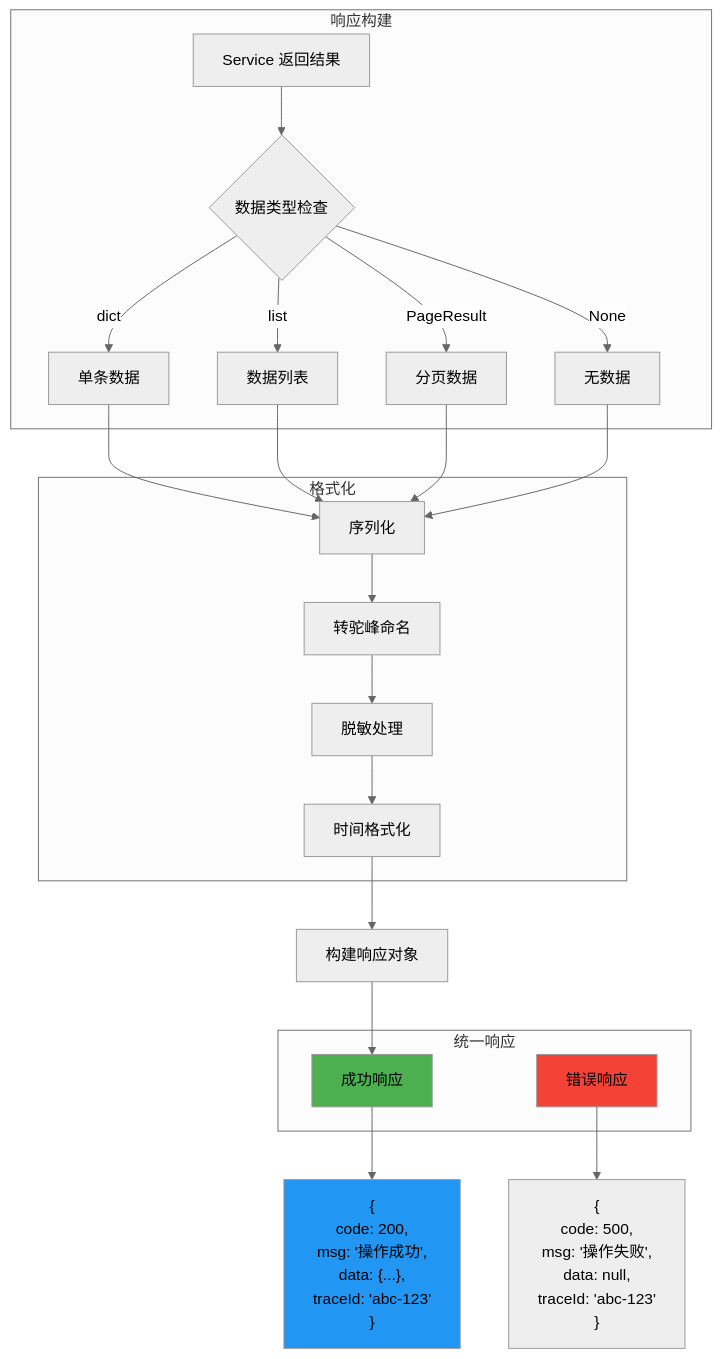
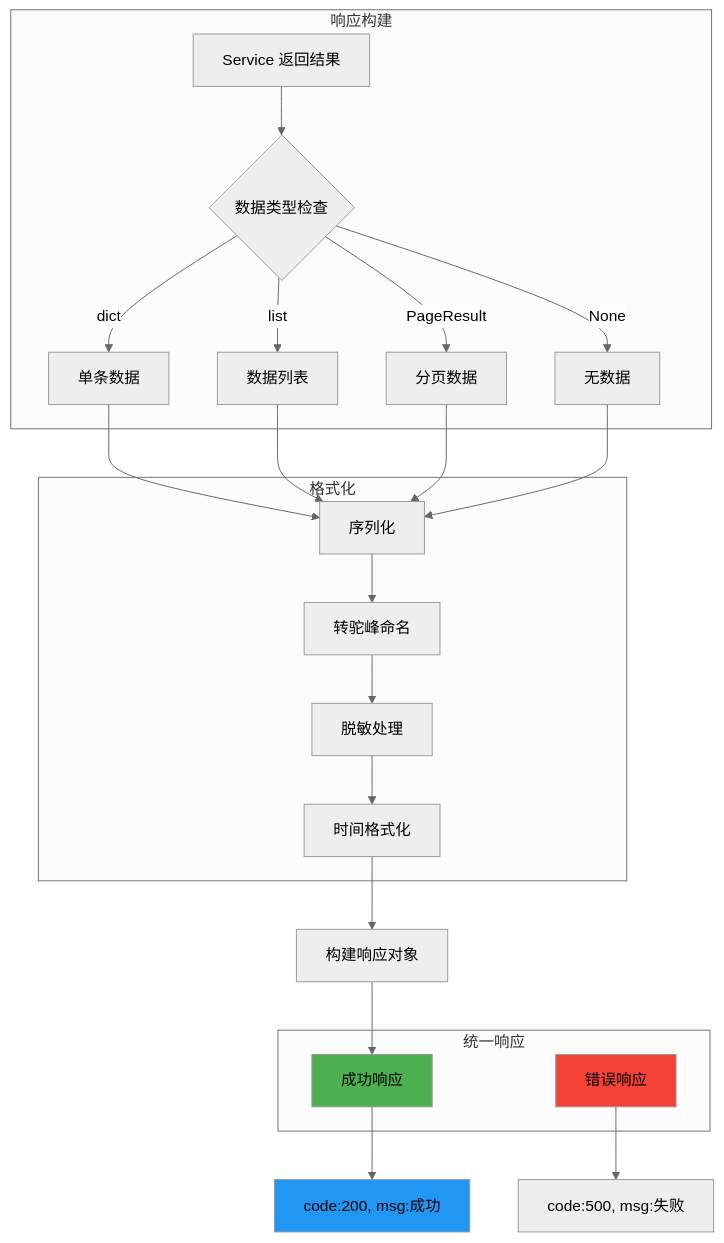
The eighth of 9 diagrams in ruoyi-fastapi-backend/docs/diagrams/04-request-lifecycle.md (hata33/ruoyi-fastapi-full-stack), drawn with Mermaid (neutral theme) before and after one commit. The commit also changed other lines of this file and 22 other files, not shown here.

First line of the commit message:
docs(diagrams): 简化序列图中的响应格式描述

````diff
--- a/ruoyi-fastapi-backend/docs/diagrams/04-request-lifecycle.md
+++ b/ruoyi-fastapi-backend/docs/diagrams/04-request-lifecycle.md
@@ -411,61 +407,51 @@
 ```mermaid
 graph TB
     subgraph "响应构建"
         Result[Service 返回结果]
         TypeCheck{数据类型检查}
         Single[单条数据]
         List[数据列表]
         Page[分页数据]
         None[无数据]
     end
 
     subgraph "格式化"
         Serialize[序列化]
         ConvertCamel[转驼峰命名]
         MaskSensitive[脱敏处理]
         FormatTime[时间格式化]
     end
 
     subgraph "统一响应"
         Success[成功响应]
         Error[错误响应]
     end
 
     Result --> TypeCheck
 
     TypeCheck -->|dict| Single
     TypeCheck -->|list| List
     TypeCheck -->|PageResult| Page
     TypeCheck -->|None| None
 
     Single --> Serialize
     List --> Serialize
     Page --> Serialize
     None --> Serialize
 
     Serialize --> ConvertCamel
     ConvertCamel --> MaskSensitive
     MaskSensitive --> FormatTime
 
     FormatTime --> BuildResponse[构建响应对象]
 
     BuildResponse --> Success
 
-    Success --> FinalResponse["{
-        code: 200,
-        msg: '操作成功',
-        data: {...},
-        traceId: 'abc-123'
-    }"]
+    Success --> FinalResponse["code:200, msg:成功"]
 
-    Error --> ErrorResponse["{
-        code: 500,
-        msg: '操作失败',
-        data: null,
-        traceId: 'abc-123'
-    }"]
+    Error --> ErrorResponse["code:500, msg:失败"]
 
     style Success fill:#4CAF50
     style Error fill:#f44336
     style FinalResponse fill:#2196F3
 ```
````
